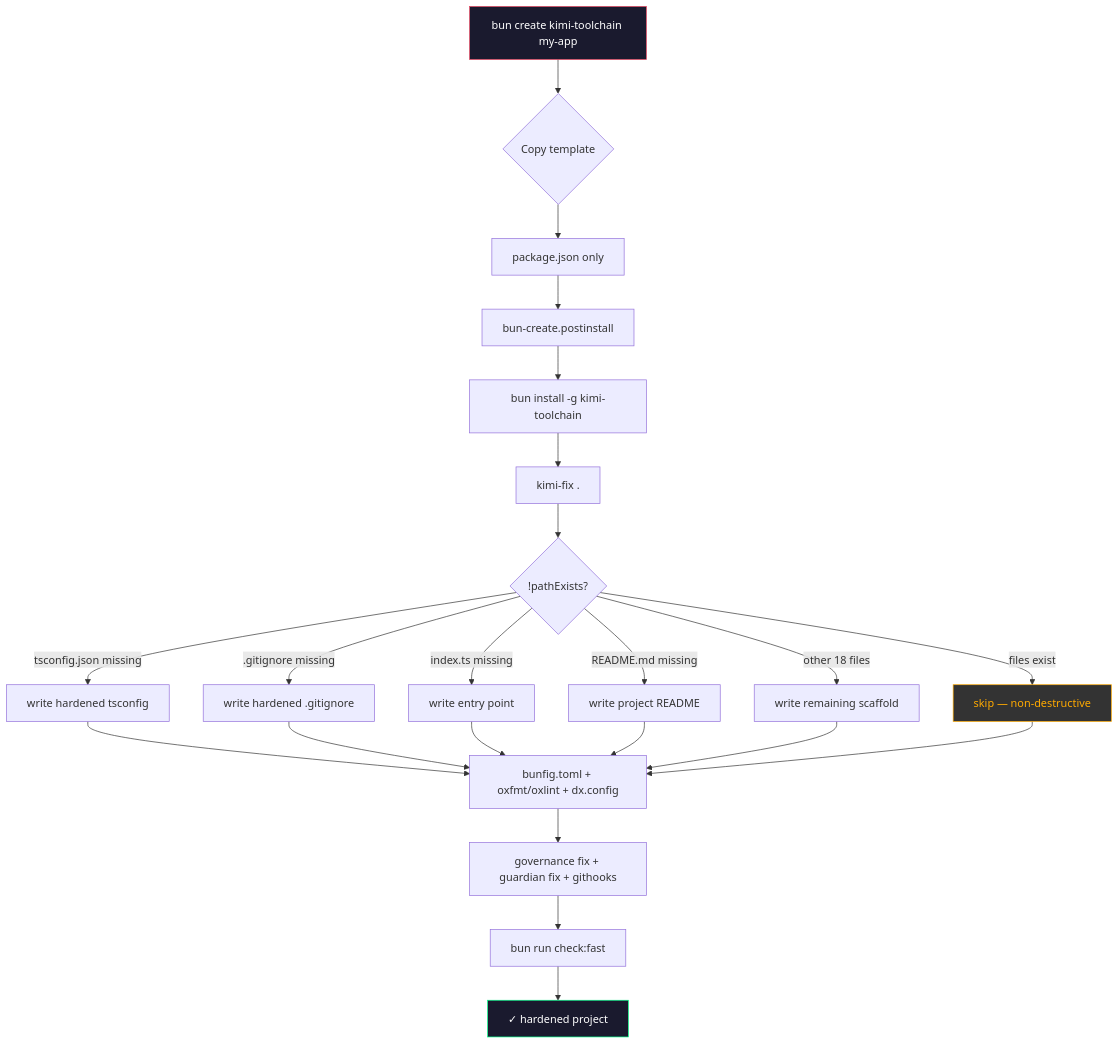
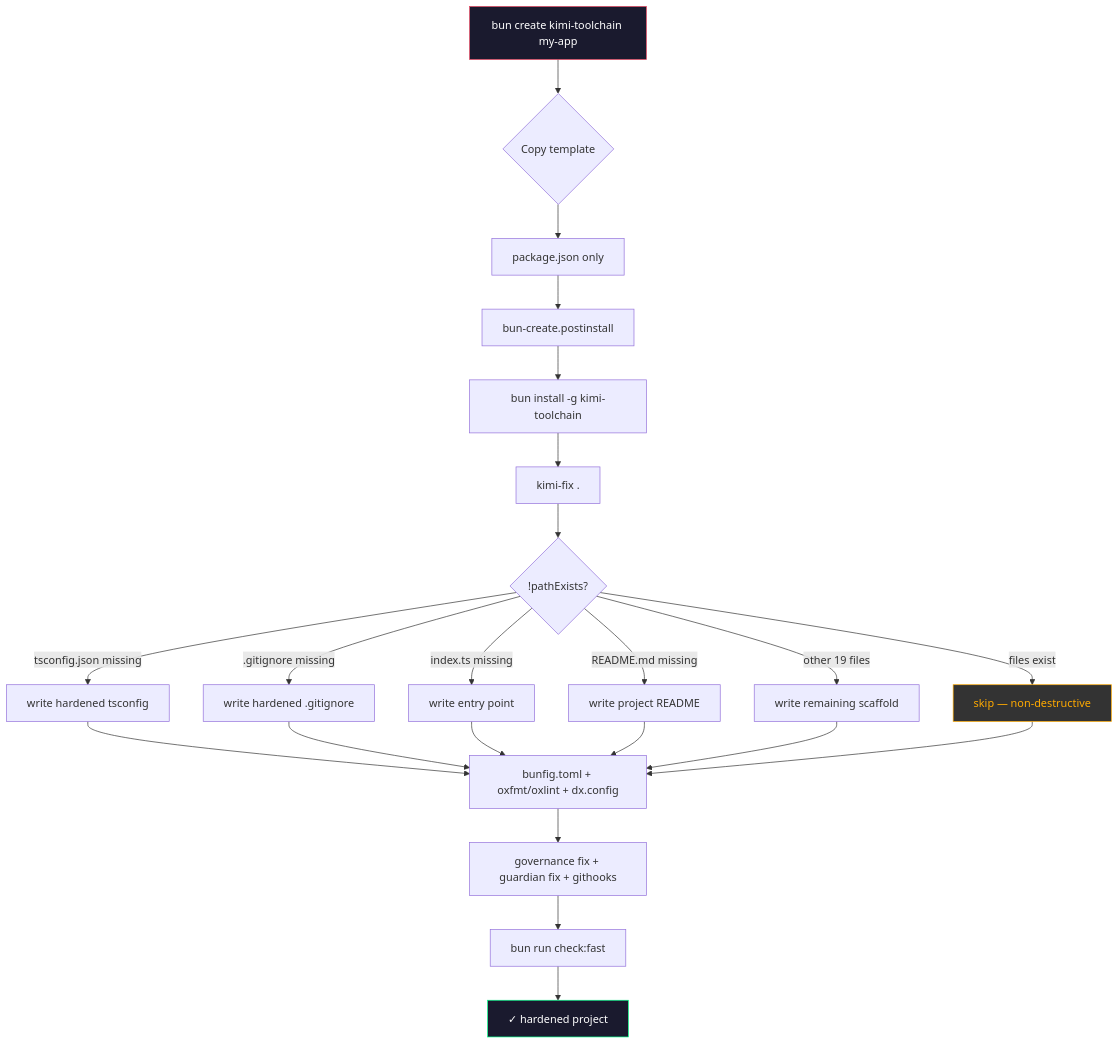
Before and after one commit to brendadeeznuts1111/kimi-toolchain: the diagram in docs/references/template-matrix.md, drawn with Mermaid. The commit also changed other lines of this file and 8 other files, not shown here.

````diff
--- a/docs/references/template-matrix.md
+++ b/docs/references/template-matrix.md
@@ -76,31 +76,31 @@
 ```mermaid
 flowchart TD
     A[bun create kimi-toolchain my-app] --> B{Copy template}
     B --> C[package.json only]
     C --> D[bun-create.postinstall]
     D --> E[bun install -g kimi-toolchain]
     E --> F[kimi-fix .]
     F --> G{!pathExists?}
 
     G -- tsconfig.json missing --> H1[write hardened tsconfig]
     G -- .gitignore missing --> H2[write hardened .gitignore]
     G -- index.ts missing --> H3[write entry point]
     G -- README.md missing --> H4[write project README]
-    G -- other 18 files --> H5[write remaining scaffold]
+    G -- other 19 files --> H5[write remaining scaffold]
     G -- files exist --> SKIP[skip — non-destructive]
 
     H1 --> I[bunfig.toml + oxfmt/oxlint + dx.config]
     H2 --> I
     H3 --> I
     H4 --> I
     H5 --> I
     SKIP --> I
 
     I --> J[governance fix + guardian fix + githooks]
     J --> K[bun run check:fast]
     K --> L[✓ hardened project]
 
     style A fill:#1a1a2e,stroke:#e94560,color:#fff
     style L fill:#1a1a2e,stroke:#00ff88,color:#fff
     style SKIP fill:#333,stroke:#ffaa00,color:#ffaa00
 ```
````
